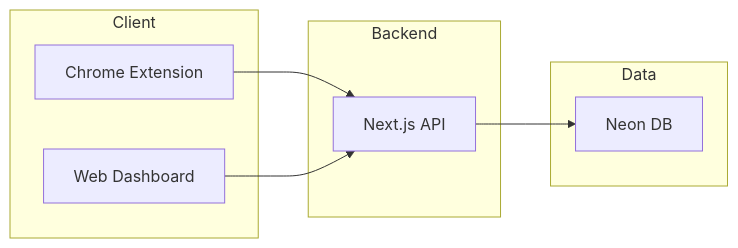
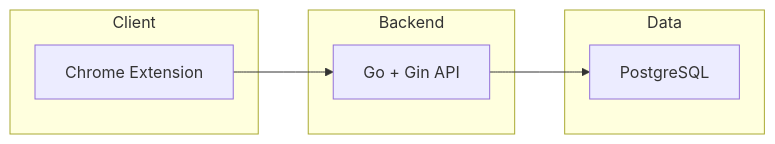
Before and after one commit to mustcanbedo/comment_copilot: the diagram in docs/architecture-as-built.md, drawn with Mermaid. The commit also changed other lines of this file and 52 other files, not shown here.

````diff
--- a/docs/architecture-as-built.md
+++ b/docs/architecture-as-built.md
@@ -15,16 +15,14 @@
 ```mermaid
 flowchart LR
   subgraph client [Client]
     Extension[Chrome Extension]
-    WebApp[Web Dashboard]
   end
   subgraph backend [Backend]
-    NextJS[Next.js API]
+    Go[Go + Gin API]
   end
   subgraph data [Data]
-    Neon[Neon DB]
+    PG[PostgreSQL]
   end
-  Extension --> NextJS
-  WebApp --> NextJS
-  NextJS --> Neon
+  Extension --> Go
+  Go --> PG
 ```
````
